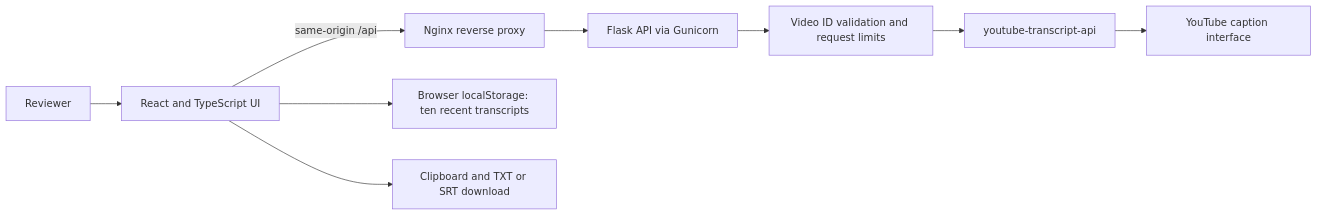
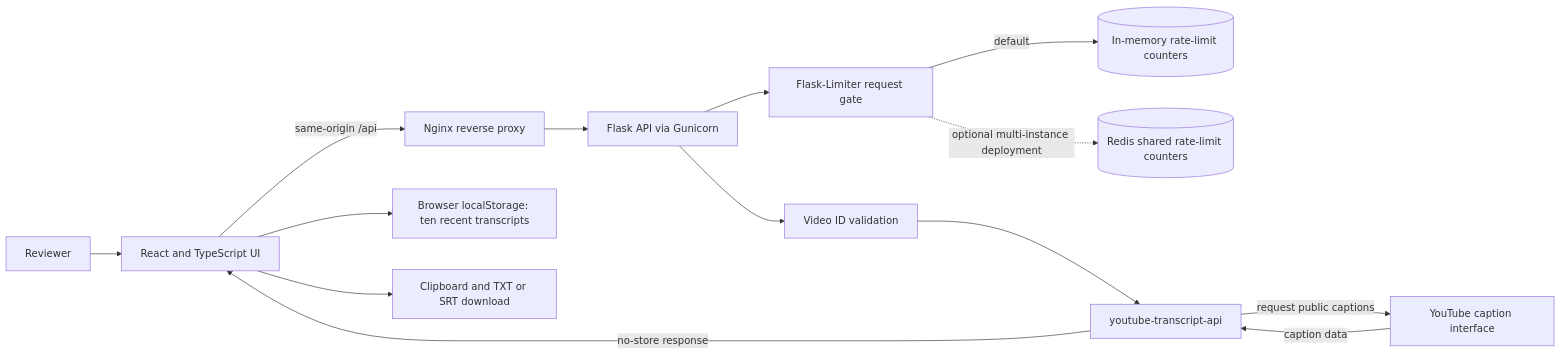
Before and after one commit to jlstacks/youtube-transcript-extractor: the diagram in README.md, drawn with Mermaid. The commit also changed other lines of this file, not shown here.

Commit message:
Document business value and caption flow

````diff
--- a/README.md
+++ b/README.md
@@ -13,11 +31,16 @@
 ```mermaid
 flowchart LR
     User[Reviewer] --> Web[React and TypeScript UI]
     Web -->|same-origin /api| Proxy[Nginx reverse proxy]
     Proxy --> API[Flask API via Gunicorn]
-    API --> Validation[Video ID validation and request limits]
+    API --> Validation[Video ID validation]
+    API --> Limiter[Flask-Limiter request gate]
+    Limiter -->|default| Memory[(In-memory rate-limit counters)]
+    Limiter -.->|optional multi-instance deployment| Redis[(Redis shared rate-limit counters)]
     Validation --> Captions[youtube-transcript-api]
-    Captions --> YouTube[YouTube caption interface]
+    Captions -->|request public captions| YouTube[YouTube caption interface]
+    YouTube -->|caption data| Captions
+    Captions -->|no-store response| Web
     Web --> History[Browser localStorage: ten recent transcripts]
     Web --> Export[Clipboard and TXT or SRT download]
 ```
````
